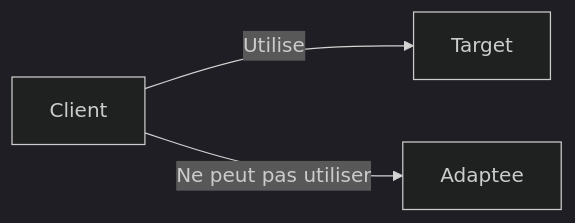
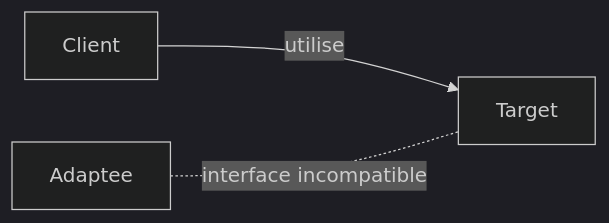
The third of 4 diagrams in Adapter/README.md (SamuelLnds/LandaisSamuel_TP_DesignPatterns), drawn with Mermaid (dark theme) before and after one commit. The commit also changed other lines of this file and 12 other files, not shown here.

Commit message:
revue des README, correction des diagrammes, ajout de diagrammes de séquence pour détailler l'explication, correction du français, ajout d'informations supplémentaires, révision de la disposition des limitations à certains endroits

````diff
--- a/Adapter/README.md
+++ b/Adapter/README.md
@@ -33,6 +64,5 @@
 ```mermaid
 graph LR
-
-	Client -->|Utilise| Target
-	Client -->|Ne peut pas utiliser| Adaptee
+	Client -->|"utilise"| Target
+	Adaptee -.-|"interface incompatible"| Target
 ```
````
